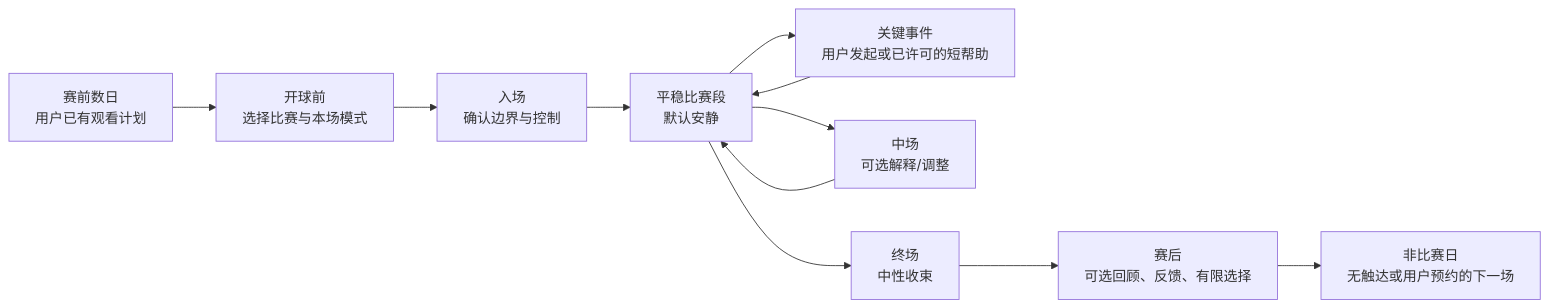
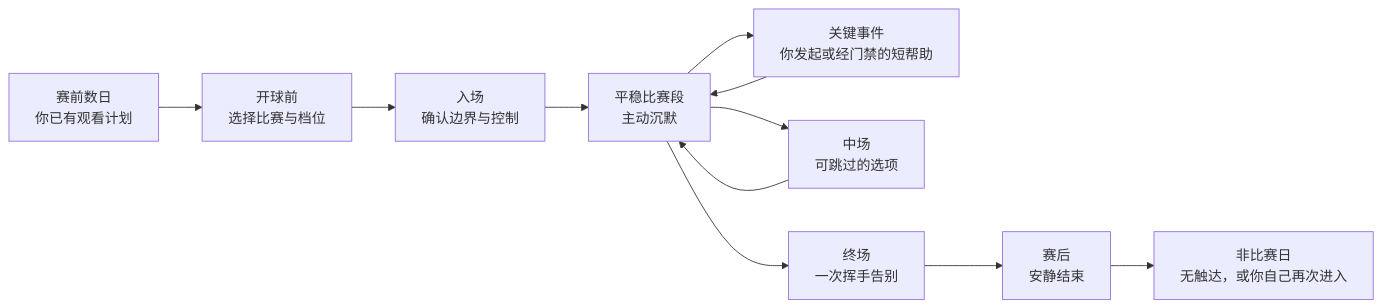
Before and after one commit to weiz98417-crypto/qiuqiu: the second of 11 diagrams in docs/球球全套资料/4.产品设计/22-赛前赛中赛后陪看旅程设计.md, drawn with Mermaid. The commit also changed other lines of this file and 49 other files, not shown here.

````diff
--- a/docs/球球全套资料/4.产品设计/22-赛前赛中赛后陪看旅程设计.md
+++ b/docs/球球全套资料/4.产品设计/22-赛前赛中赛后陪看旅程设计.md
@@ -140,22 +136,22 @@
 ```mermaid
 flowchart LR
     A[赛前数日
-用户已有观看计划] --> B[开球前
-选择比赛与本场模式]
+你已有观看计划] --> B[开球前
+选择比赛与档位]
     B --> C[入场
 确认边界与控制]
     C --> D[平稳比赛段
-默认安静]
+主动沉默]
     D --> E[关键事件
-用户发起或已许可的短帮助]
+你发起或经门禁的短帮助]
     E --> D
     D --> F[中场
-可选解释/调整]
+可跳过的选项]
     F --> D
     D --> G[终场
-中性收束]
+一次挥手告别]
     G --> H[赛后
-可选回顾、反馈、有限选择]
+安静结束]
     H --> I[非比赛日
-无触达或用户预约的下一场]
+无触达，或你自己再次进入]
 ```
````
